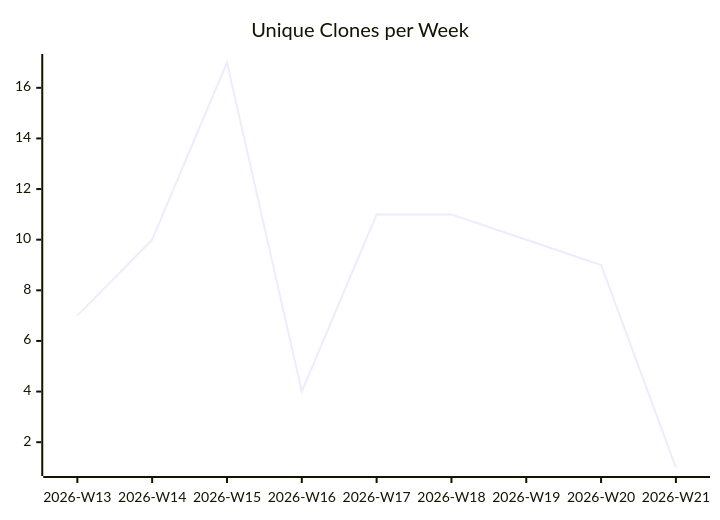
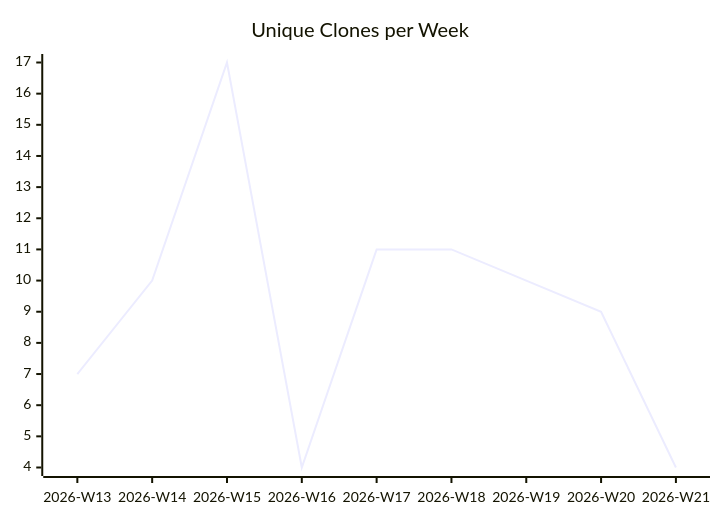
Before and after one commit to justdavis-family/github-analytics-data: the third of 3 diagrams in karlmdavis/ksoap2-android/README.md, drawn with Mermaid. The commit also changed other lines of this file and 187 other files, not shown here.

````diff
--- a/karlmdavis/ksoap2-android/README.md
+++ b/karlmdavis/ksoap2-android/README.md
@@ -19,6 +19,6 @@
 ```mermaid
 xychart-beta
   title "Unique Clones per Week"
   x-axis ["2026-W13", "2026-W14", "2026-W15", "2026-W16", "2026-W17", "2026-W18", "2026-W19", "2026-W20", "2026-W21"]
-  line [7, 10, 17, 4, 11, 11, 10, 9, 1]
+  line [7, 10, 17, 4, 11, 11, 10, 9, 4]
 ```
````
